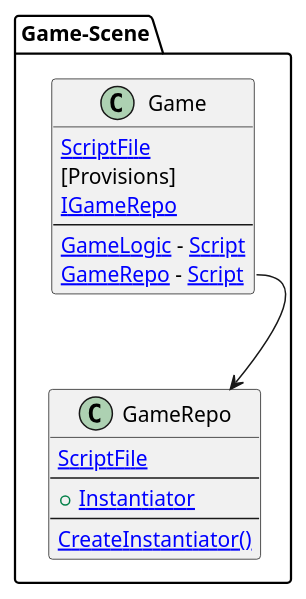
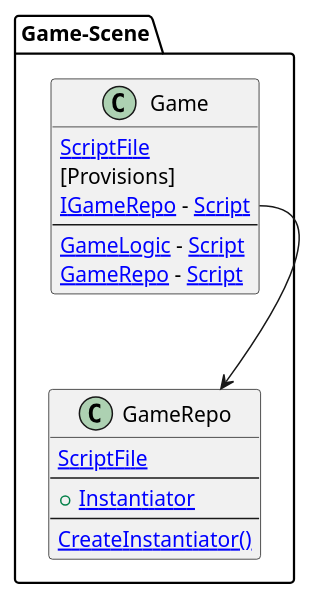
The diagram in src/Chickensoft.UMLGenerator.Tests/Snapshots/BaseProject_VSCode_Game.verified.puml (chickensoft-games/UMLGenerator), drawn with PlantUML before and after one commit. The commit also changed 5 other files, not shown here.

```diff
--- a/src/Chickensoft.UMLGenerator.Tests/Snapshots/BaseProject_VSCode_Game.verified.puml
+++ b/src/Chickensoft.UMLGenerator.Tests/Snapshots/BaseProject_VSCode_Game.verified.puml
@@ -1,26 +1,26 @@
 @startuml
 
 package Game-Scene [[vscode://file/{ProjectDirectory}TestCases/BaseProject_VSCode/Game.tscn]] {
 	
 class Game  {
 	[[vscode://file/{ProjectDirectory}Game/Game.cs ScriptFile]]
 	[Provisions]
-	[[vscode://file/{ProjectDirectory}Game/Game.cs:15 IGameRepo]]
+	[[vscode://file/{ProjectDirectory}Game/Game.cs:15 IGameRepo]] - [[vscode://file/{ProjectDirectory}TestCases/BaseProject_VSCode/Domain/GameRepo.cs Script]]
 --
 [[vscode://file/{ProjectDirectory}Game/Game.cs:22 GameLogic]] - [[vscode://file/{ProjectDirectory}TestCases/BaseProject_VSCode/Logic/GameLogic.cs Script]]
 	[[vscode://file/{ProjectDirectory}Game/Game.cs:21 GameRepo]] - [[vscode://file/{ProjectDirectory}TestCases/BaseProject_VSCode/Domain/GameRepo.cs Script]]
 }
 
 	
 class GameRepo  {
 	[[vscode://file/{ProjectDirectory}TestCases/BaseProject_VSCode/Domain/GameRepo.cs ScriptFile]]
 --
 + [[vscode://file/{ProjectDirectory}TestCases/BaseProject_VSCode/Domain/GameRepo.cs:15 Instantiator]]
 --
 [[vscode://file/{ProjectDirectory}TestCases/BaseProject_VSCode/Domain/GameRepo.cs:17 CreateInstantiator()]]
 }
 
 	Game::GameRepo --> GameRepo
 }
 
 @enduml
```
